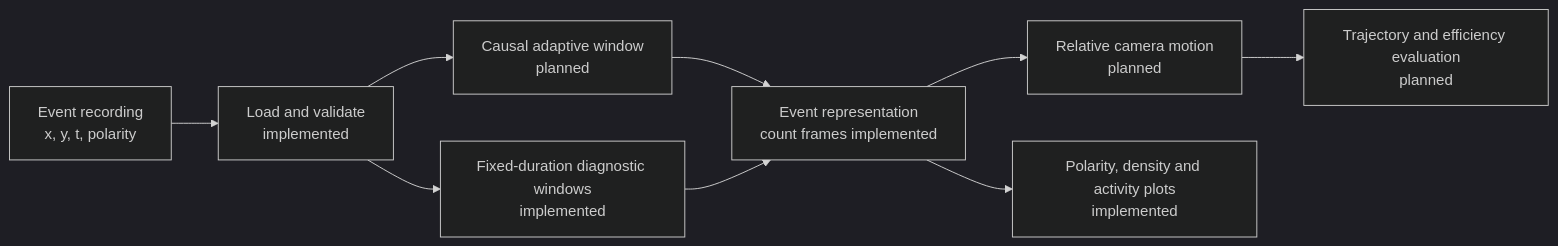
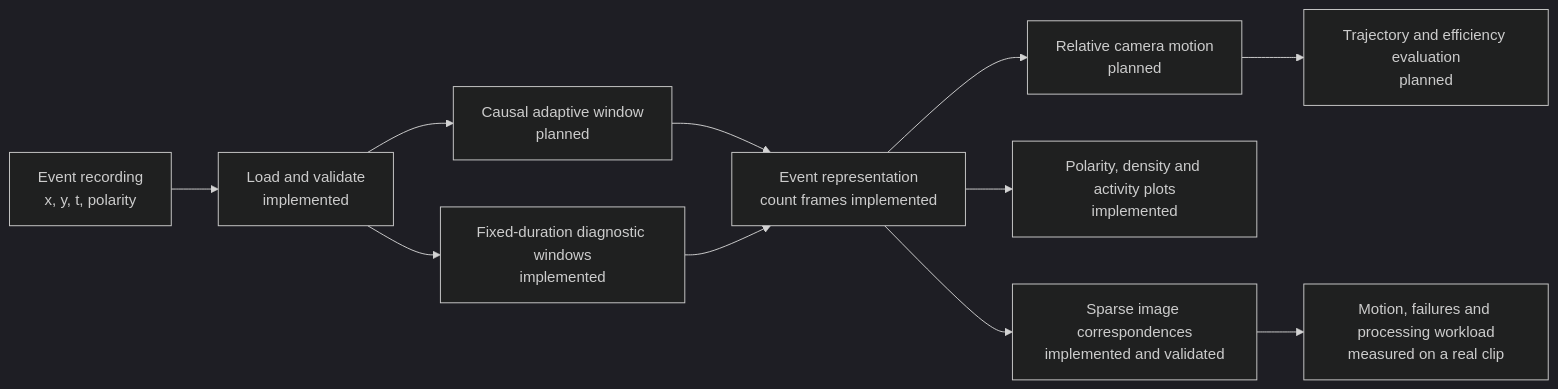
The diagram in README.md (aryaaupa/adaptive-event-vo), drawn with Mermaid (dark theme) before and after one commit. The commit also changed other lines of this file and 35 other files, not shown here.

````diff
--- a/README.md
+++ b/README.md
@@ -9,11 +9,13 @@
 ```mermaid
 flowchart LR
     A["Event recording<br/>x, y, t, polarity"] --> B["Load and validate<br/>implemented"]
     B --> C["Causal adaptive window<br/>planned"]
     C --> D["Event representation<br/>count frames implemented"]
     D --> E["Relative camera motion<br/>planned"]
     E --> F["Trajectory and efficiency evaluation<br/>planned"]
     B --> G["Fixed-duration diagnostic windows<br/>implemented"]
     G --> D
     D --> H["Polarity, density and activity plots<br/>implemented"]
+    D --> I["Sparse image correspondences<br/>implemented and validated"]
+    I --> J["Motion, failures and processing workload<br/>measured on a real clip"]
 ```
````
